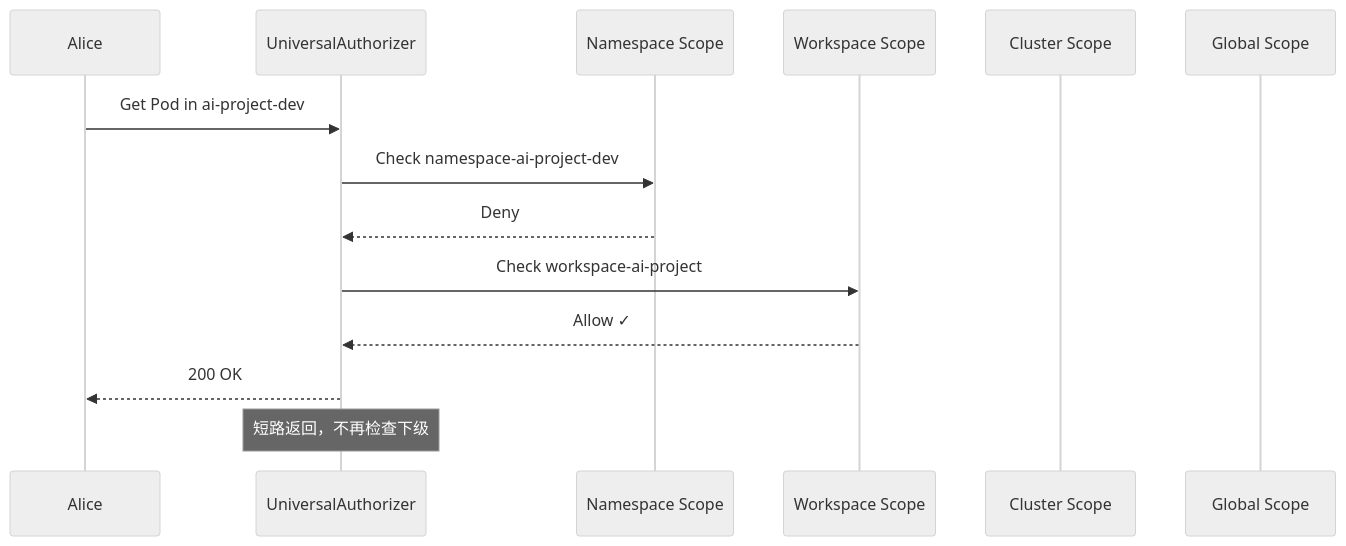
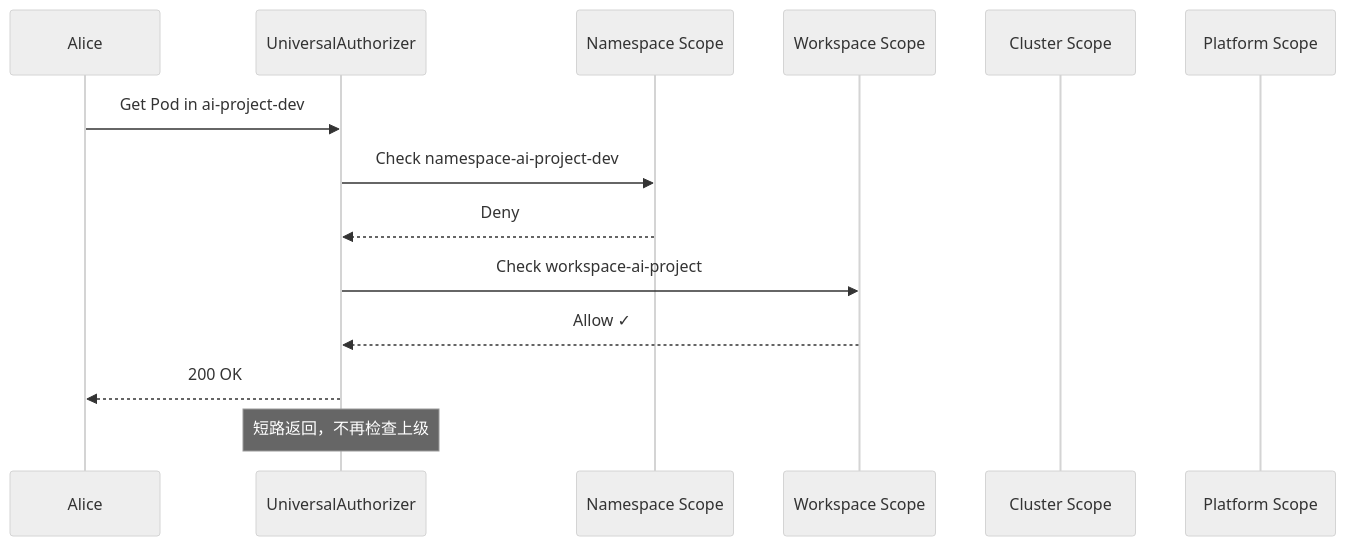
The third of 3 diagrams in docs/developer/concepts/scope-system.md (imneov/edge-website), drawn with Mermaid (neutral theme) before and after one commit. The commit also changed other lines of this file and 16 other files, not shown here.

````diff
--- a/docs/developer/concepts/scope-system.md
+++ b/docs/developer/concepts/scope-system.md
@@ -238,19 +246,19 @@
 ```mermaid
 sequenceDiagram
     participant User as Alice
     participant UA as UniversalAuthorizer
     participant NS as Namespace Scope
     participant WS as Workspace Scope
     participant CS as Cluster Scope
-    participant GS as Global Scope
+    participant PS as Platform Scope
 
     User->>UA: Get Pod in ai-project-dev
     UA->>NS: Check namespace-ai-project-dev
     NS-->>UA: Deny
 
     UA->>WS: Check workspace-ai-project
     WS-->>UA: Allow ✓
 
     UA-->>User: 200 OK
-    Note over UA: 短路返回，不再检查下级
+    Note over UA: 短路返回，不再检查上级
 ```
````
